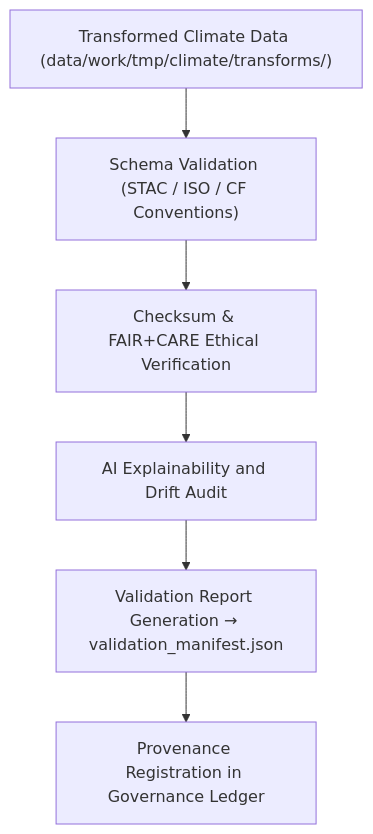
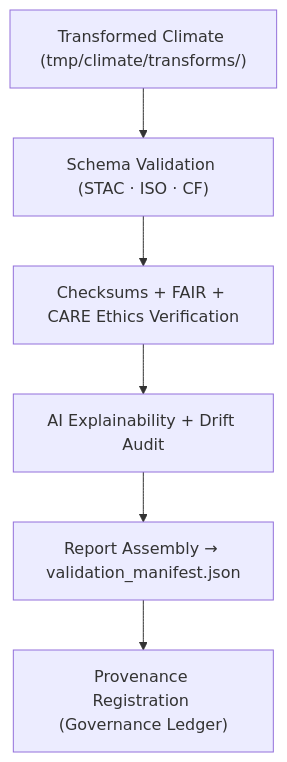
One commit to bartytime4life/Kansas-Frontier-Matrix changed the diagram in data/work/tmp/climate/validation/README.md. Above: the diagram before and after it, drawn with Mermaid. The commit also changed other lines of this file, not shown here.

````diff
--- a/data/work/tmp/climate/validation/README.md
+++ b/data/work/tmp/climate/validation/README.md
@@ -75,8 +74,8 @@
 ```mermaid
 flowchart TD
-    A["Transformed Climate Data (data/work/tmp/climate/transforms/)"] --> B["Schema Validation (STAC / ISO / CF Conventions)"]
-    B --> C["Checksum & FAIR+CARE Ethical Verification"]
-    C --> D["AI Explainability and Drift Audit"]
-    D --> E["Validation Report Generation → validation_manifest.json"]
-    E --> F["Provenance Registration in Governance Ledger"]
+    A["Transformed Climate (tmp/climate/transforms/)"] --> B["Schema Validation (STAC · ISO · CF)"]
+    B --> C["Checksums + FAIR + CARE Ethics Verification"]
+    C --> D["AI Explainability + Drift Audit"]
+    D --> E["Report Assembly → validation_manifest.json"]
+    E --> F["Provenance Registration (Governance Ledger)"]
 ```
````
